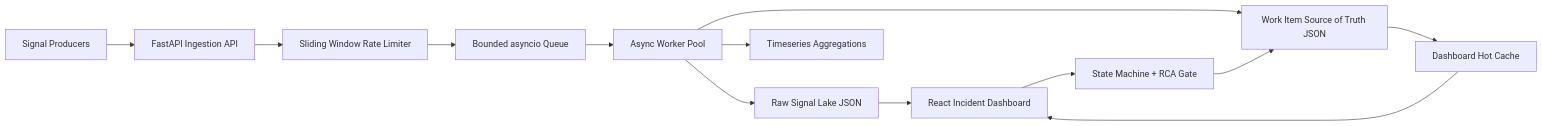
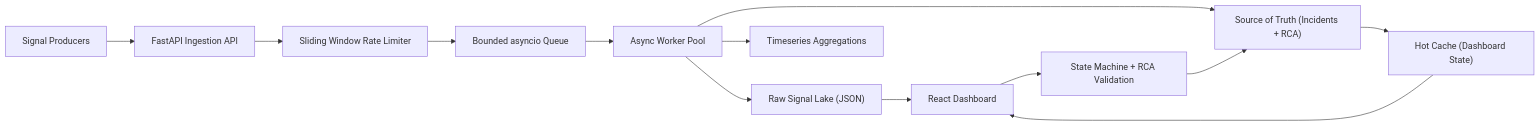
One commit to Avinashmorla/incident-management-system changed the diagram in README.md. Above: the diagram before and after it, drawn with Mermaid. The commit also changed other lines of this file, not shown here.

Commit message:
Improve README with architecture, design and features

````diff
--- a/README.md
+++ b/README.md
@@ -7,15 +11,18 @@
 ```mermaid
 flowchart LR
   Producer["Signal Producers"] --> API["FastAPI Ingestion API"]
   API --> Limiter["Sliding Window Rate Limiter"]
   Limiter --> Queue["Bounded asyncio Queue"]
   Queue --> Workers["Async Worker Pool"]
-  Workers --> Lake["Raw Signal Lake JSON"]
-  Workers --> Truth["Work Item Source of Truth JSON"]
+
+  Workers --> Lake["Raw Signal Lake (JSON)"]
+  Workers --> Truth["Source of Truth (Incidents + RCA)"]
   Workers --> Agg["Timeseries Aggregations"]
-  Truth --> Cache["Dashboard Hot Cache"]
-  Cache --> UI["React Incident Dashboard"]
+
+  Truth --> Cache["Hot Cache (Dashboard State)"]
+  Cache --> UI["React Dashboard"]
+
   Lake --> UI
-  UI --> Workflow["State Machine + RCA Gate"]
+  UI --> Workflow["State Machine + RCA Validation"]
   Workflow --> Truth
 ```
````
